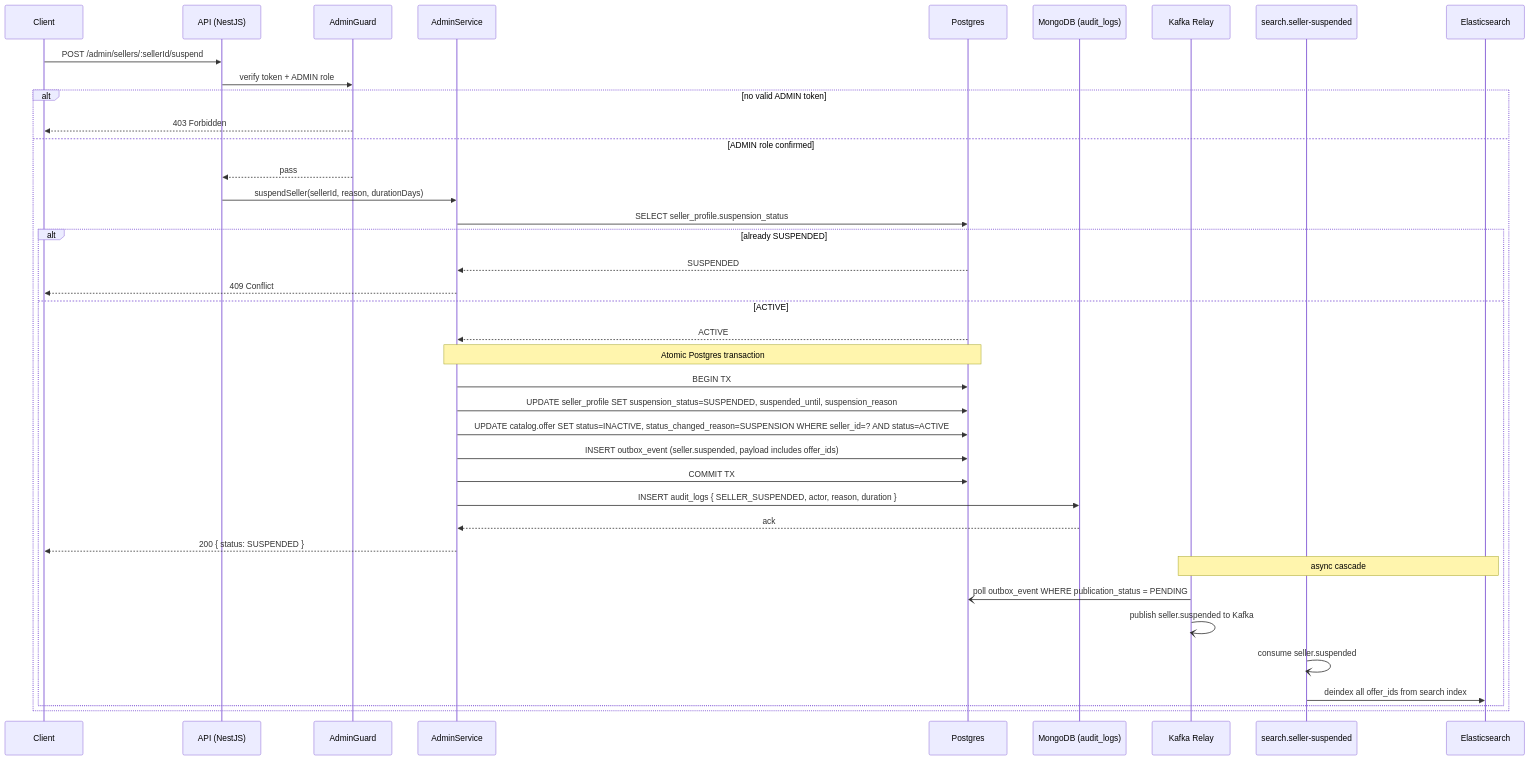
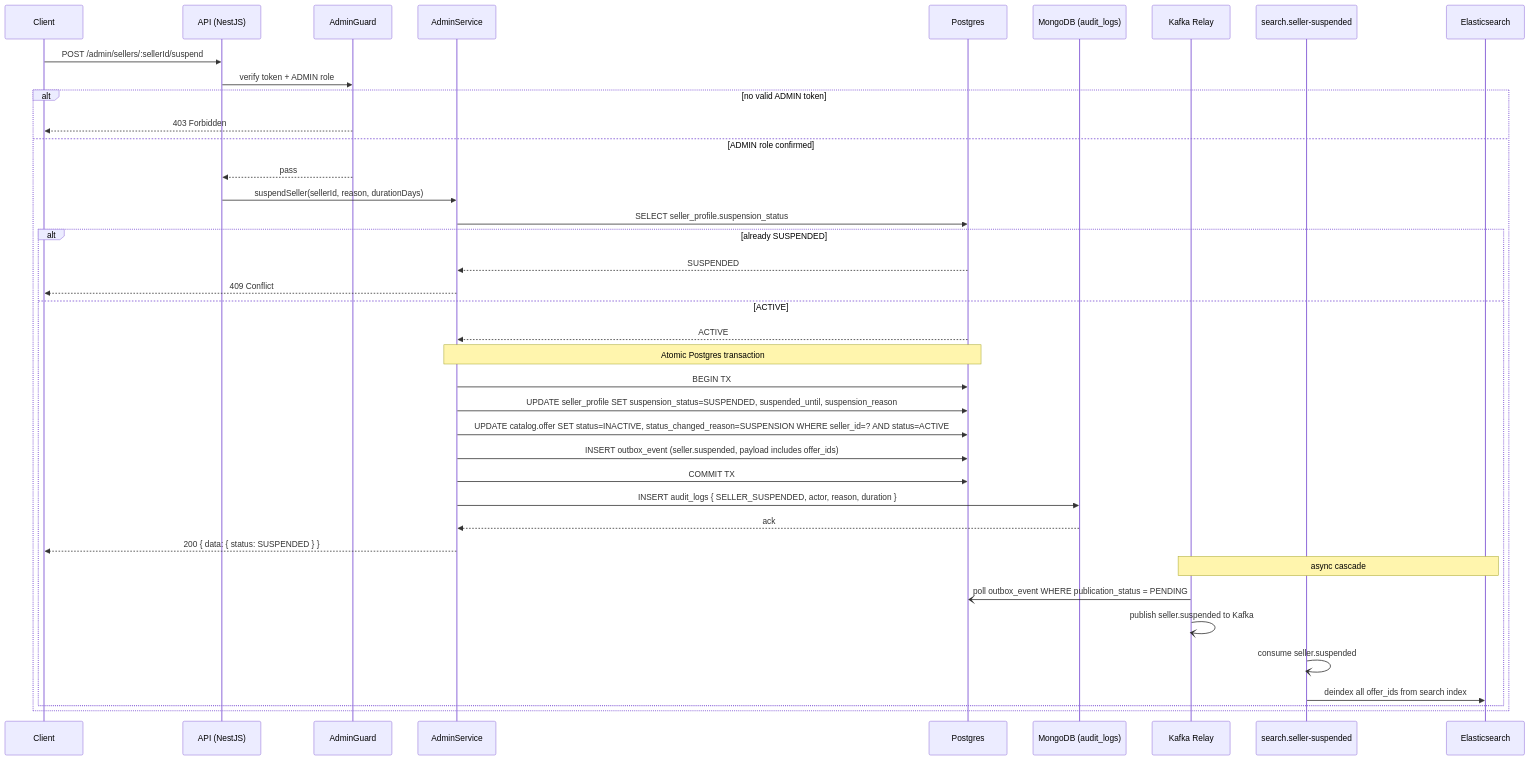
The sixth of 12 diagrams in phase-1/technical-design/api-design/admin.md (alisa-uthi/aliceut-ecom-document), drawn with Mermaid before and after one commit. The commit also changed other lines of this file and 22 other files, not shown here.

````diff
--- a/phase-1/technical-design/api-design/admin.md
+++ b/phase-1/technical-design/api-design/admin.md
@@ -339,42 +343,42 @@
 ```mermaid
 sequenceDiagram
     participant C as Client
     participant API as API (NestJS)
     participant G as AdminGuard
     participant S as AdminService
     participant PG as Postgres
     participant MDB as MongoDB (audit_logs)
     participant Relay as Kafka Relay
     participant SC as search.seller-suspended
     participant ES as Elasticsearch
 
     C->>API: POST /admin/sellers/:sellerId/suspend
     API->>G: verify token + ADMIN role
     alt no valid ADMIN token
         G-->>C: 403 Forbidden
     else ADMIN role confirmed
         G-->>API: pass
         API->>S: suspendSeller(sellerId, reason, durationDays)
         S->>PG: SELECT seller_profile.suspension_status
         alt already SUSPENDED
             PG-->>S: SUSPENDED
             S-->>C: 409 Conflict
         else ACTIVE
             PG-->>S: ACTIVE
             Note over S,PG: Atomic Postgres transaction
             S->>PG: BEGIN TX
             S->>PG: UPDATE seller_profile SET suspension_status=SUSPENDED, suspended_until, suspension_reason
             S->>PG: UPDATE catalog.offer SET status=INACTIVE, status_changed_reason=SUSPENSION WHERE seller_id=? AND status=ACTIVE
             S->>PG: INSERT outbox_event (seller.suspended, payload includes offer_ids)
             S->>PG: COMMIT TX
             S->>MDB: INSERT audit_logs { SELLER_SUSPENDED, actor, reason, duration }
             MDB-->>S: ack
-            S-->>C: 200 { status: SUSPENDED }
+            S-->>C: 200 { data: { status: SUSPENDED } }
             Note over Relay,ES: async cascade
             Relay-)PG: poll outbox_event WHERE publication_status = PENDING
             Relay-)Relay: publish seller.suspended to Kafka
             SC-)SC: consume seller.suspended
             SC->>ES: deindex all offer_ids from search index
         end
     end
 ```
````
